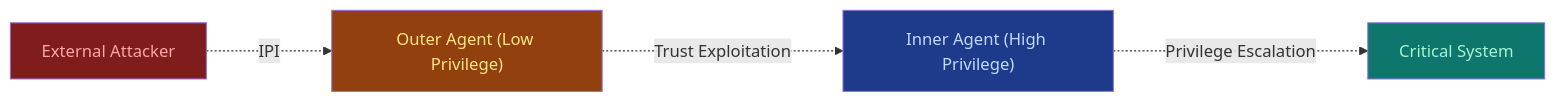
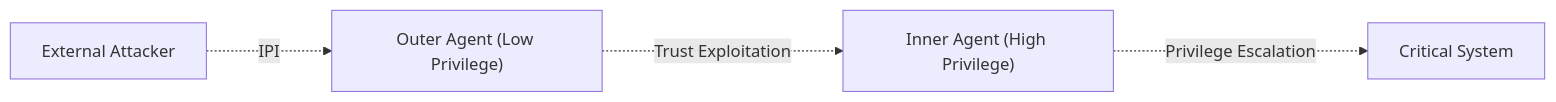
The second of 2 diagrams in website/content/agentic-ai-protocols-security-vulnerabilities/en.md (yusufarbc/yusufarbc), drawn with Mermaid before and after one commit. The commit also changed other lines of this file and 24 other files, not shown here.

````diff
--- a/website/content/agentic-ai-protocols-security-vulnerabilities/en.md
+++ b/website/content/agentic-ai-protocols-security-vulnerabilities/en.md
@@ -369,10 +358,6 @@
 ```mermaid
 graph LR
     A["External Attacker"] -..->|IPI| B["Outer Agent (Low Privilege)"]
     B -..->|Trust Exploitation| C["Inner Agent (High Privilege)"]
     C -..->|Privilege Escalation| D["Critical System"]
-    style A fill:#7f1d1d,color:#fca5a5
-    style B fill:#92400e,color:#fde68a
-    style C fill:#1e3a8a,color:#bfdbfe
-    style D fill:#0f766e,color:#a7f3d0
 ```
````
